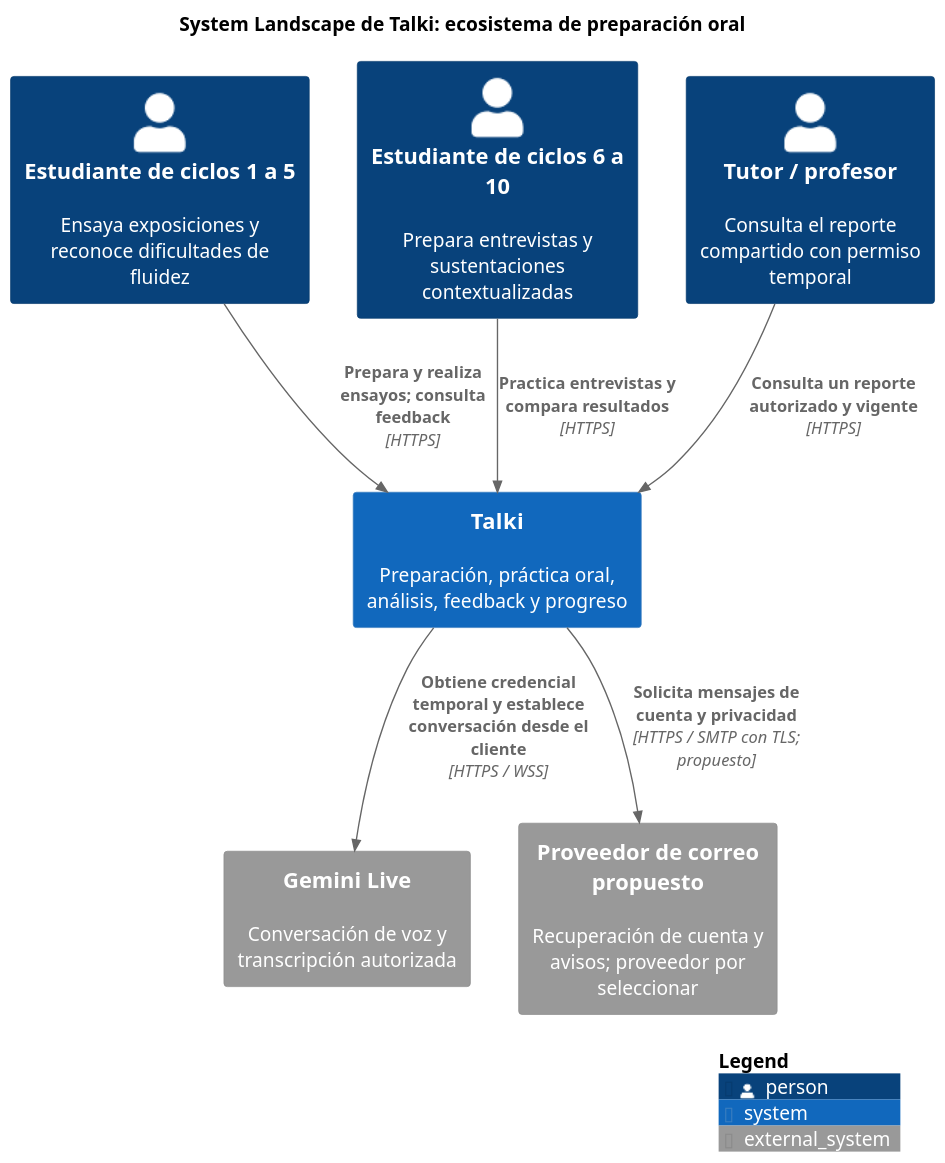
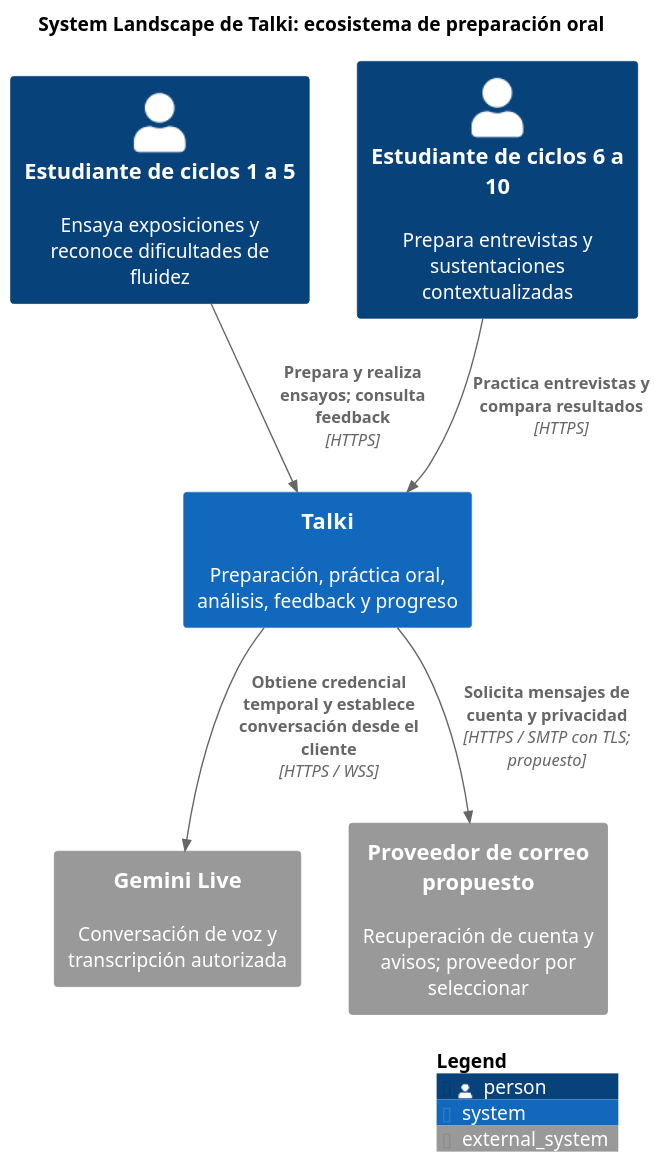
One commit to upc-pre-202620-si728-16365-thropic/talki-project-report changed the diagram in assets/diagrams/c4/system-landscape.puml. Above: the diagram before and after it, drawn with PlantUML. The commit also changed 72 other files, not shown here.

```diff
--- a/assets/diagrams/c4/system-landscape.puml
+++ b/assets/diagrams/c4/system-landscape.puml
@@ -1,19 +1,17 @@
 @startuml
 !include <C4/C4_Context>
 skinparam defaultFontName Arial
 skinparam dpi 130
 LAYOUT_TOP_DOWN()
 title System Landscape de Talki: ecosistema de preparación oral
 Person(early, "Estudiante de ciclos 1 a 5", "Ensaya exposiciones y reconoce dificultades de fluidez")
 Person(advanced, "Estudiante de ciclos 6 a 10", "Prepara entrevistas y sustentaciones contextualizadas")
-Person(tutor, "Tutor / profesor", "Consulta el reporte compartido con permiso temporal")
 System(talki, "Talki", "Preparación, práctica oral, análisis, feedback y progreso")
 System_Ext(gemini, "Gemini Live", "Conversación de voz y transcripción autorizada")
 System_Ext(mail, "Proveedor de correo propuesto", "Recuperación de cuenta y avisos; proveedor por seleccionar")
 Rel(early, talki, "Prepara y realiza ensayos; consulta feedback", "HTTPS")
 Rel(advanced, talki, "Practica entrevistas y compara resultados", "HTTPS")
-Rel(tutor, talki, "Consulta un reporte autorizado y vigente", "HTTPS")
 Rel(talki, gemini, "Obtiene credencial temporal y establece conversación desde el cliente", "HTTPS / WSS")
 Rel(talki, mail, "Solicita mensajes de cuenta y privacidad", "HTTPS / SMTP con TLS; propuesto")
 SHOW_LEGEND()
 @enduml
```
